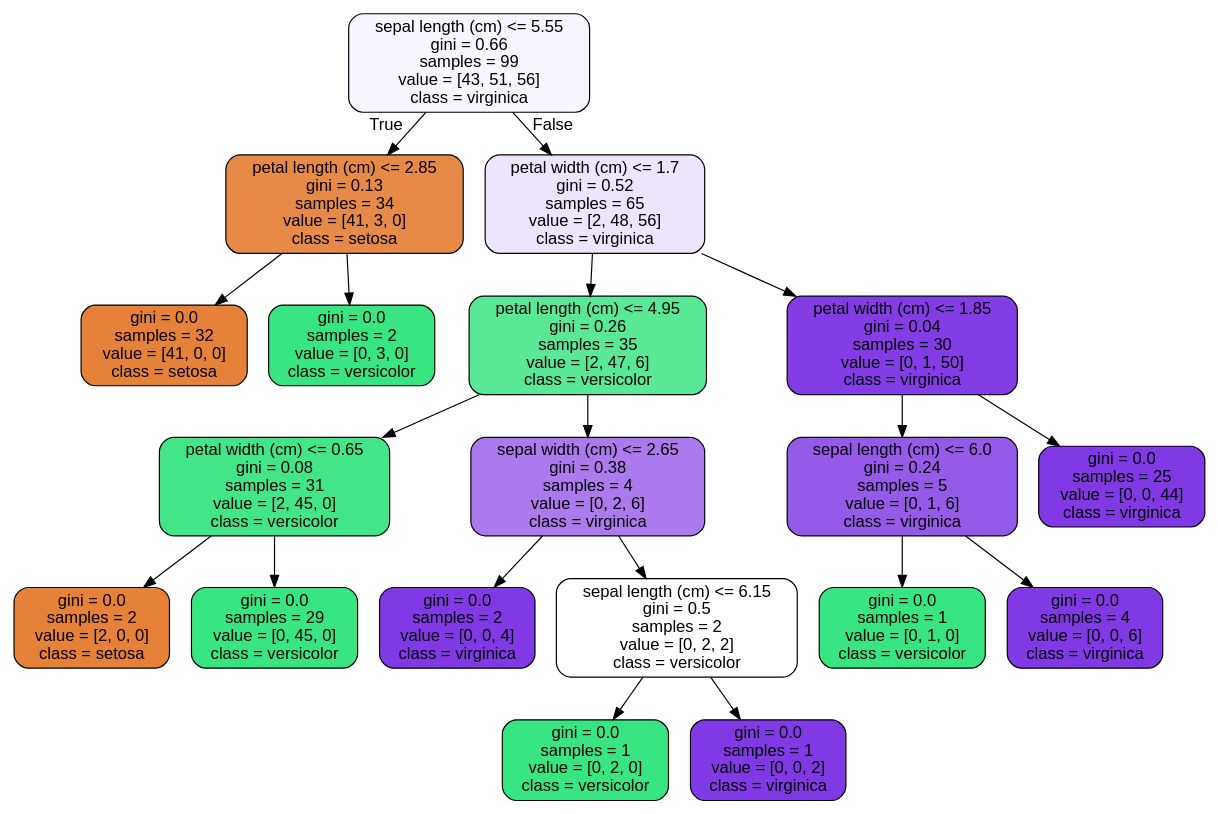
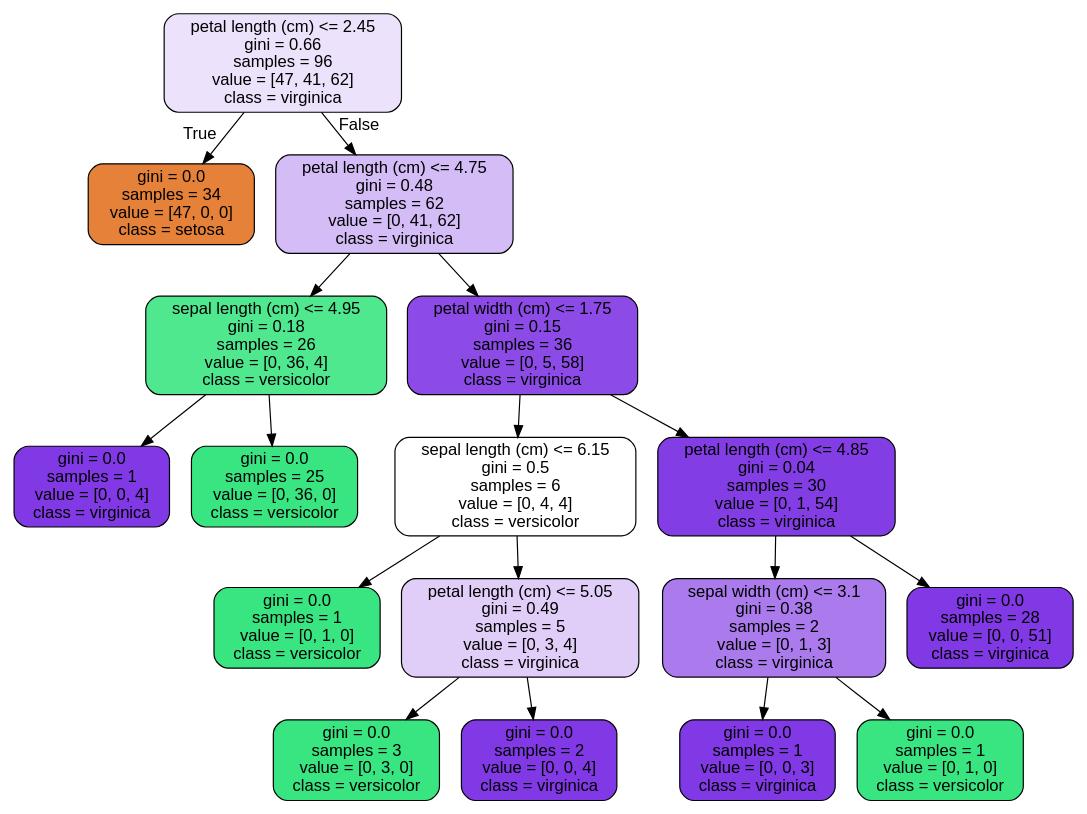
Before and after one commit to orlaith17/MachineLearning-StatisticsProject: the diagram in tree.dot, drawn with Graphviz. The commit also changed 2 other files, not shown here.

```diff
--- a/tree.dot
+++ b/tree.dot
@@ -1,41 +1,37 @@
 digraph Tree {
 node [shape=box, style="filled, rounded", color="black", fontname=helvetica] ;
 edge [fontname=helvetica] ;
-0 [label="sepal length (cm) <= 5.55\ngini = 0.66\nsamples = 99\nvalue = [43, 51, 56]\nclass = virginica", fillcolor="#f9f5fe"] ;
-1 [label="petal length (cm) <= 2.85\ngini = 0.13\nsamples = 34\nvalue = [41, 3, 0]\nclass = setosa", fillcolor="#e78a47"] ;
+0 [label="petal length (cm) <= 2.45\ngini = 0.66\nsamples = 96\nvalue = [47, 41, 62]\nclass = virginica", fillcolor="#ede2fb"] ;
+1 [label="gini = 0.0\nsamples = 34\nvalue = [47, 0, 0]\nclass = setosa", fillcolor="#e58139"] ;
 0 -> 1 [labeldistance=2.5, labelangle=45, headlabel="True"] ;
-2 [label="gini = 0.0\nsamples = 32\nvalue = [41, 0, 0]\nclass = setosa", fillcolor="#e58139"] ;
-1 -> 2 ;
-3 [label="gini = 0.0\nsamples = 2\nvalue = [0, 3, 0]\nclass = versicolor", fillcolor="#39e581"] ;
-1 -> 3 ;
-4 [label="petal width (cm) <= 1.7\ngini = 0.52\nsamples = 65\nvalue = [2, 48, 56]\nclass = virginica", fillcolor="#eee4fb"] ;
-0 -> 4 [labeldistance=2.5, labelangle=-45, headlabel="False"] ;
-5 [label="petal length (cm) <= 4.95\ngini = 0.26\nsamples = 35\nvalue = [2, 47, 6]\nclass = versicolor", fillcolor="#59e996"] ;
-4 -> 5 ;
-6 [label="petal width (cm) <= 0.65\ngini = 0.08\nsamples = 31\nvalue = [2, 45, 0]\nclass = versicolor", fillcolor="#42e687"] ;
-5 -> 6 ;
-7 [label="gini = 0.0\nsamples = 2\nvalue = [2, 0, 0]\nclass = setosa", fillcolor="#e58139"] ;
+2 [label="petal length (cm) <= 4.75\ngini = 0.48\nsamples = 62\nvalue = [0, 41, 62]\nclass = virginica", fillcolor="#d4bcf6"] ;
+0 -> 2 [labeldistance=2.5, labelangle=-45, headlabel="False"] ;
+3 [label="sepal length (cm) <= 4.95\ngini = 0.18\nsamples = 26\nvalue = [0, 36, 4]\nclass = versicolor", fillcolor="#4fe88f"] ;
+2 -> 3 ;
+4 [label="gini = 0.0\nsamples = 1\nvalue = [0, 0, 4]\nclass = virginica", fillcolor="#8139e5"] ;
+3 -> 4 ;
+5 [label="gini = 0.0\nsamples = 25\nvalue = [0, 36, 0]\nclass = versicolor", fillcolor="#39e581"] ;
+3 -> 5 ;
+6 [label="petal width (cm) <= 1.75\ngini = 0.15\nsamples = 36\nvalue = [0, 5, 58]\nclass = virginica", fillcolor="#8c4ae7"] ;
+2 -> 6 ;
+7 [label="sepal length (cm) <= 6.15\ngini = 0.5\nsamples = 6\nvalue = [0, 4, 4]\nclass = versicolor", fillcolor="#ffffff"] ;
 6 -> 7 ;
-8 [label="gini = 0.0\nsamples = 29\nvalue = [0, 45, 0]\nclass = versicolor", fillcolor="#39e581"] ;
-6 -> 8 ;
-9 [label="sepal width (cm) <= 2.65\ngini = 0.38\nsamples = 4\nvalue = [0, 2, 6]\nclass = virginica", fillcolor="#ab7bee"] ;
-5 -> 9 ;
-10 [label="gini = 0.0\nsamples = 2\nvalue = [0, 0, 4]\nclass = virginica", fillcolor="#8139e5"] ;
+8 [label="gini = 0.0\nsamples = 1\nvalue = [0, 1, 0]\nclass = versicolor", fillcolor="#39e581"] ;
+7 -> 8 ;
+9 [label="petal length (cm) <= 5.05\ngini = 0.49\nsamples = 5\nvalue = [0, 3, 4]\nclass = virginica", fillcolor="#e0cef8"] ;
+7 -> 9 ;
+10 [label="gini = 0.0\nsamples = 3\nvalue = [0, 3, 0]\nclass = versicolor", fillcolor="#39e581"] ;
 9 -> 10 ;
-11 [label="sepal length (cm) <= 6.15\ngini = 0.5\nsamples = 2\nvalue = [0, 2, 2]\nclass = versicolor", fillcolor="#ffffff"] ;
+11 [label="gini = 0.0\nsamples = 2\nvalue = [0, 0, 4]\nclass = virginica", fillcolor="#8139e5"] ;
 9 -> 11 ;
-12 [label="gini = 0.0\nsamples = 1\nvalue = [0, 2, 0]\nclass = versicolor", fillcolor="#39e581"] ;
-11 -> 12 ;
-13 [label="gini = 0.0\nsamples = 1\nvalue = [0, 0, 2]\nclass = virginica", fillcolor="#8139e5"] ;
-11 -> 13 ;
-14 [label="petal width (cm) <= 1.85\ngini = 0.04\nsamples = 30\nvalue = [0, 1, 50]\nclass = virginica", fillcolor="#843de6"] ;
-4 -> 14 ;
-15 [label="sepal length (cm) <= 6.0\ngini = 0.24\nsamples = 5\nvalue = [0, 1, 6]\nclass = virginica", fillcolor="#965ae9"] ;
-14 -> 15 ;
-16 [label="gini = 0.0\nsamples = 1\nvalue = [0, 1, 0]\nclass = versicolor", fillcolor="#39e581"] ;
-15 -> 16 ;
-17 [label="gini = 0.0\nsamples = 4\nvalue = [0, 0, 6]\nclass = virginica", fillcolor="#8139e5"] ;
-15 -> 17 ;
-18 [label="gini = 0.0\nsamples = 25\nvalue = [0, 0, 44]\nclass = virginica", fillcolor="#8139e5"] ;
-14 -> 18 ;
+12 [label="petal length (cm) <= 4.85\ngini = 0.04\nsamples = 30\nvalue = [0, 1, 54]\nclass = virginica", fillcolor="#833de5"] ;
+6 -> 12 ;
+13 [label="sepal width (cm) <= 3.1\ngini = 0.38\nsamples = 2\nvalue = [0, 1, 3]\nclass = virginica", fillcolor="#ab7bee"] ;
+12 -> 13 ;
+14 [label="gini = 0.0\nsamples = 1\nvalue = [0, 0, 3]\nclass = virginica", fillcolor="#8139e5"] ;
+13 -> 14 ;
+15 [label="gini = 0.0\nsamples = 1\nvalue = [0, 1, 0]\nclass = versicolor", fillcolor="#39e581"] ;
+13 -> 15 ;
+16 [label="gini = 0.0\nsamples = 28\nvalue = [0, 0, 51]\nclass = virginica", fillcolor="#8139e5"] ;
+12 -> 16 ;
 }
```
